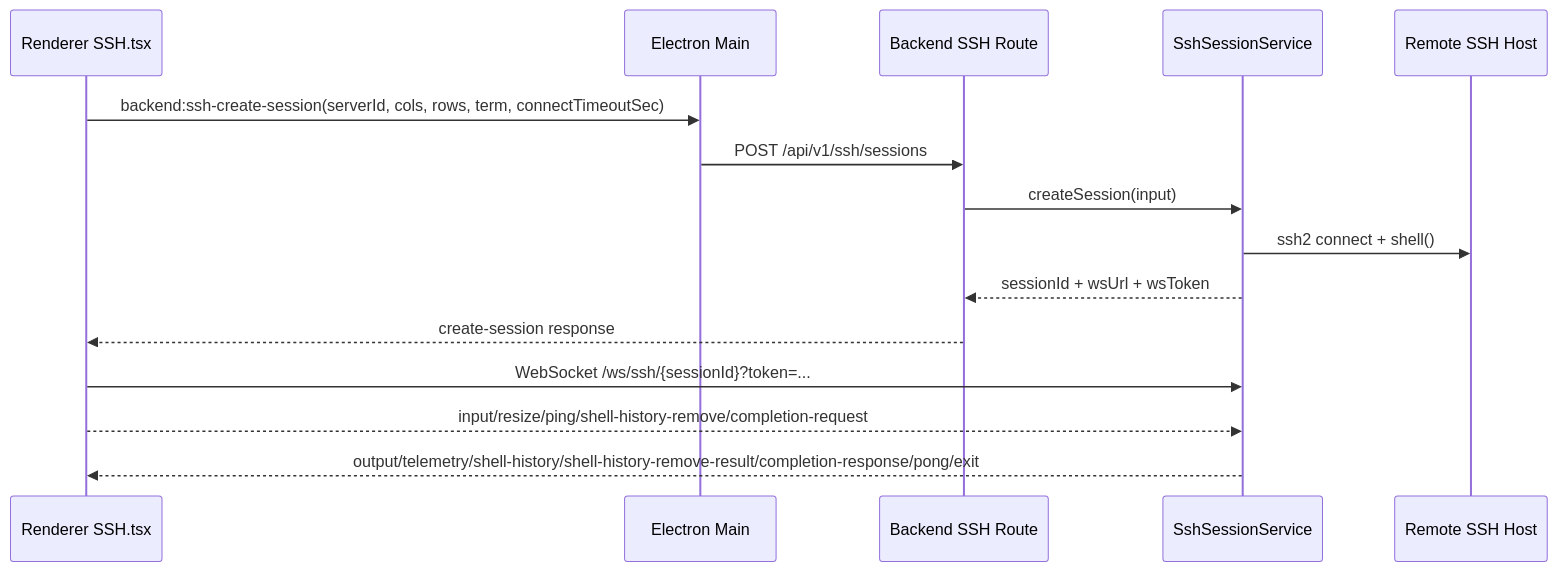
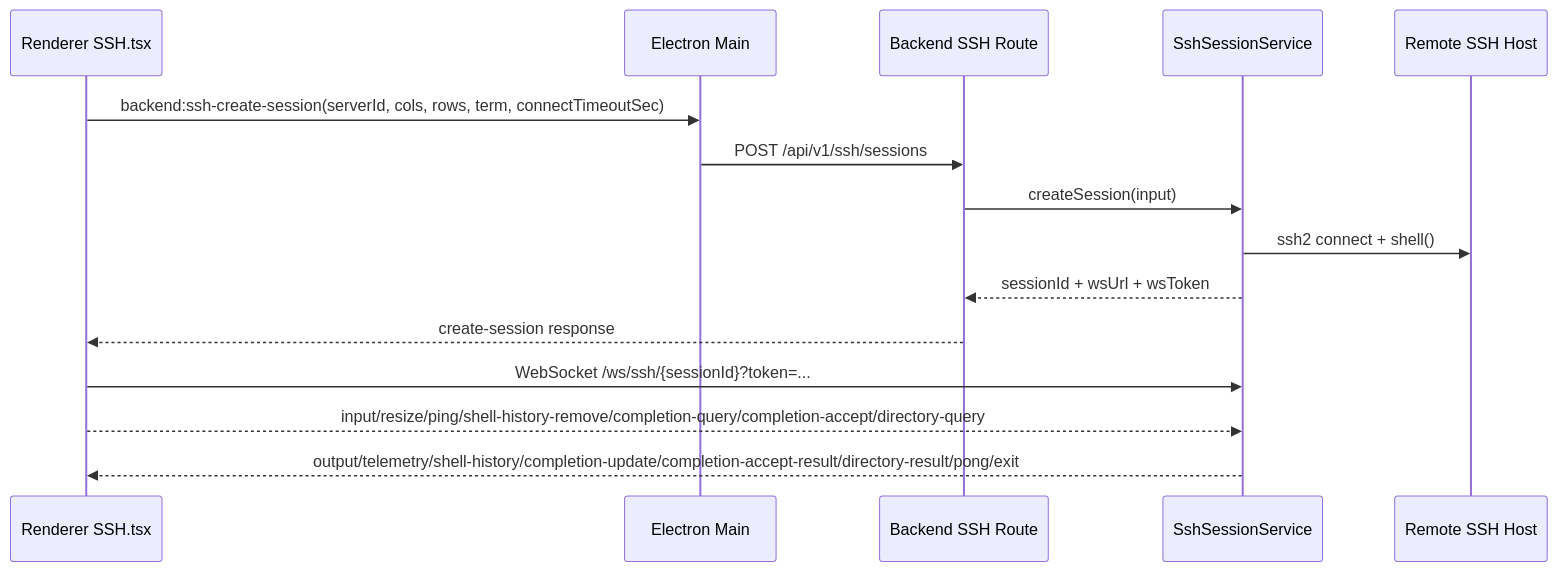
The first of 5 diagrams in docs/developer/runtime/ssh-terminal.md (agoudbg/Cosmosh), drawn with Mermaid before and after one commit. The commit also changed other lines of this file and 57 other files, not shown here.

````diff
--- a/docs/developer/runtime/ssh-terminal.md
+++ b/docs/developer/runtime/ssh-terminal.md
@@ -10,18 +10,18 @@
 ```mermaid
 sequenceDiagram
   participant UI as Renderer SSH.tsx
   participant MAIN as Electron Main
   participant API as Backend SSH Route
   participant SSH as SshSessionService
   participant REM as Remote SSH Host
 
   UI->>MAIN: backend:ssh-create-session(serverId, cols, rows, term, connectTimeoutSec)
   MAIN->>API: POST /api/v1/ssh/sessions
   API->>SSH: createSession(input)
   SSH->>REM: ssh2 connect + shell()
   SSH-->>API: sessionId + wsUrl + wsToken
   API-->>UI: create-session response
   UI->>SSH: WebSocket /ws/ssh/{sessionId}?token=...
-  UI-->>SSH: input/resize/ping/shell-history-remove/completion-request
-  SSH-->>UI: output/telemetry/shell-history/shell-history-remove-result/completion-response/pong/exit
+  UI-->>SSH: input/resize/ping/shell-history-remove/completion-query/completion-accept/directory-query
+  SSH-->>UI: output/telemetry/shell-history/completion-update/completion-accept-result/directory-result/pong/exit
 ```
````
